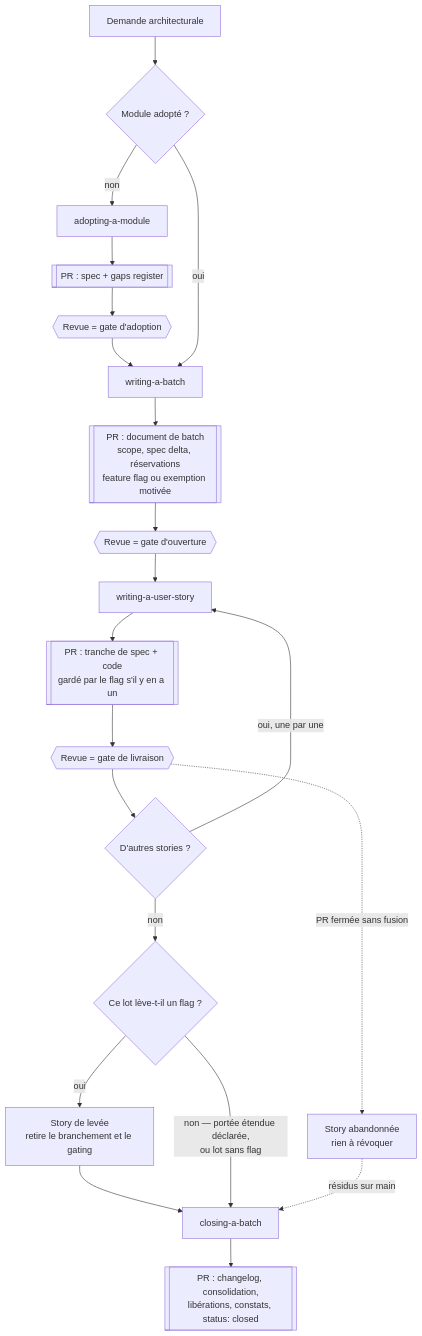
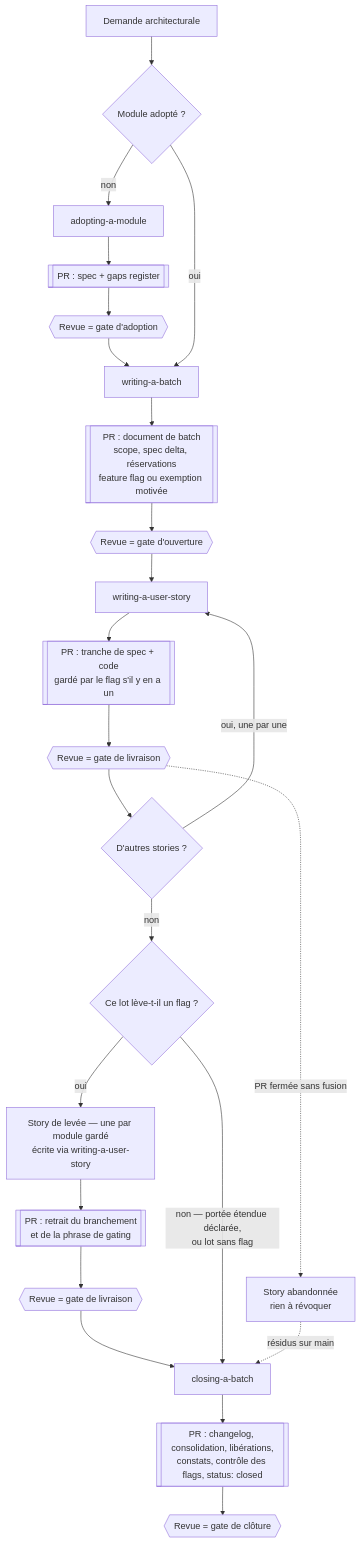
The first of 4 diagrams in docs/superpowers/specs/2026-09-03-supercharlouze-design.md (charlouze/superpowers-by-charlouze), drawn with Mermaid before and after one commit. The commit also changed other lines of this file, not shown here.

First line of the commit message:
docs: fix the override that did not override, and the flag model

````diff
--- a/docs/superpowers/specs/2026-09-03-supercharlouze-design.md
+++ b/docs/superpowers/specs/2026-09-03-supercharlouze-design.md
@@ -374,28 +411,31 @@
 ```mermaid
 flowchart TD
     REQ["Demande architecturale"] --> ADOPTED{"Module adopté ?"}
 
     ADOPTED -->|non| AD["adopting-a-module"]
     AD --> ADPR[["PR : spec + gaps register"]]
     ADPR --> ADG{{"Revue = gate d'adoption"}}
     ADG --> WB
 
     ADOPTED -->|oui| WB["writing-a-batch"]
     WB --> BPR[["PR : document de batch<br/>scope, spec delta, réservations<br/>feature flag ou exemption motivée"]]
     BPR --> BG{{"Revue = gate d'ouverture"}}
 
     BG --> WS["writing-a-user-story"]
     WS --> SPR[["PR : tranche de spec + code<br/>gardé par le flag s'il y en a un"]]
     SPR --> SG{{"Revue = gate de livraison"}}
 
     SG --> MORE{"D'autres stories ?"}
     MORE -->|oui, une par une| WS
     MORE -->|non| FLAG{"Ce lot lève-t-il un flag ?"}
-    FLAG -->|oui| LIFT["Story de levée<br/>retire le branchement et le gating"]
-    LIFT --> CB
+    FLAG -->|oui| LIFT["Story de levée — une par module gardé<br/>écrite via writing-a-user-story"]
+    LIFT --> LPR[["PR : retrait du branchement<br/>et de la phrase de gating"]]
+    LPR --> LG{{"Revue = gate de livraison"}}
+    LG --> CB
     FLAG -->|"non — portée étendue déclarée,<br/>ou lot sans flag"| CB["closing-a-batch"]
-    CB --> CPR[["PR : changelog, consolidation,<br/>libérations, constats, status: closed"]]
+    CB --> CPR[["PR : changelog, consolidation, libérations,<br/>constats, contrôle des flags, status: closed"]]
+    CPR --> CG{{"Revue = gate de clôture"}}
 
     SG -.->|PR fermée sans fusion| ABANDON["Story abandonnée<br/>rien à révoquer"]
     ABANDON -.->|résidus sur main| CB
 ```
````
